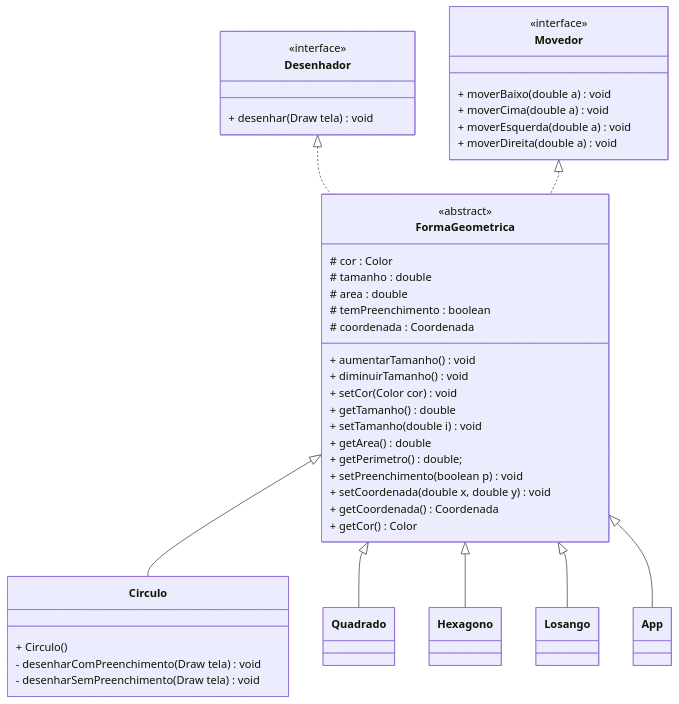
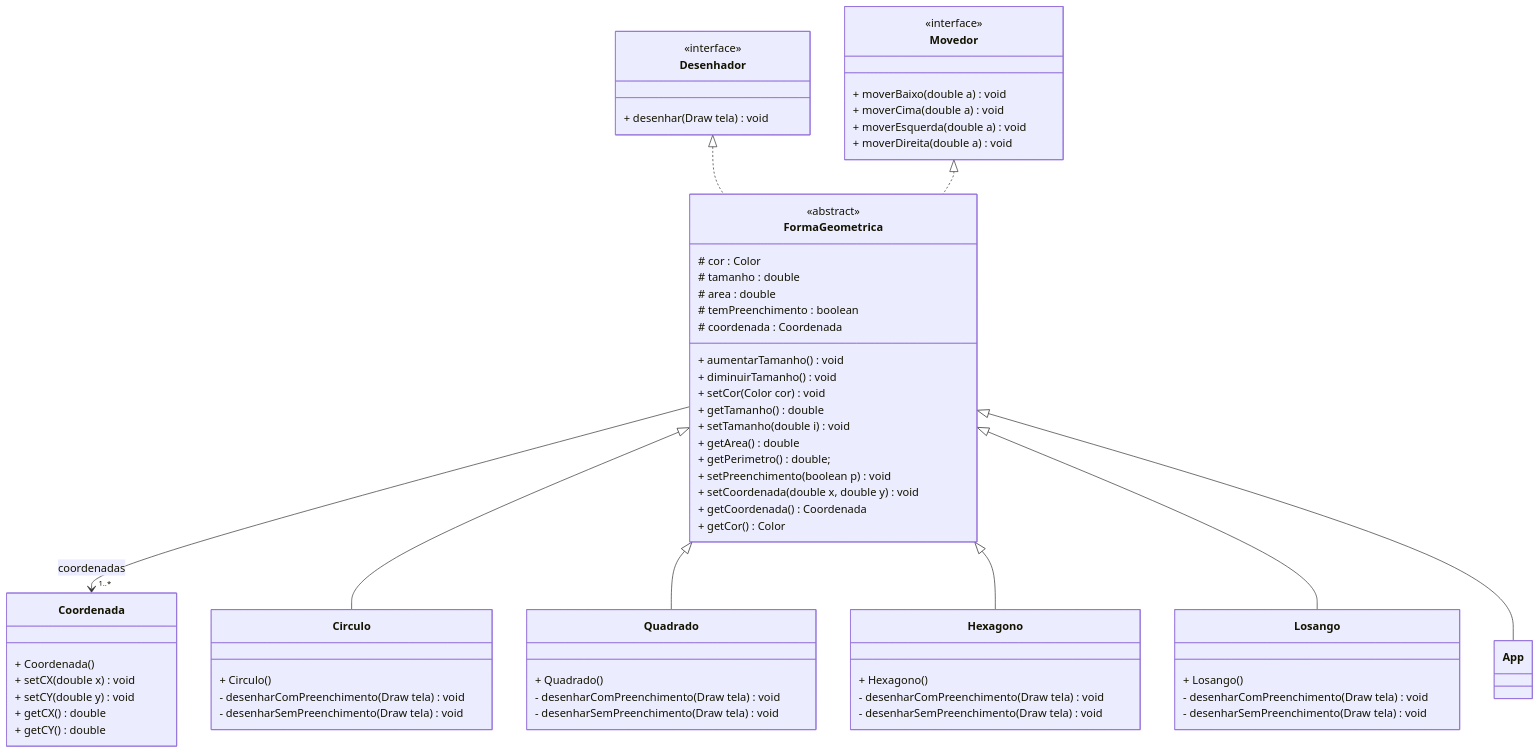
Before and after one commit to sergio-prolo-class/lista-4-igor1023: the diagram in readme.md, drawn with Mermaid.

Commit message:
Dada continuidade na implementação do diagrama de classe UML

````diff
--- a/readme.md
+++ b/readme.md
@@ -43,5 +43,6 @@
 ```mermaid
 classDiagram
+
     class FormaGeometrica{
         <<abstract>>
         # cor : Color
@@ -78,8 +79,18 @@
         + moverDireita(double a) void
     }
 
+    class Coordenada{
+
+        + Coordenada()
+        + setCX(double x) void
+        + setCY(double y) void
+        + getCX() double
+        + getCY() double
+    }
+
     Desenhador <|.. FormaGeometrica
     Movedor <|.. FormaGeometrica
+    FormaGeometrica --> "1..*" Coordenada : coordenadas
 
     class Circulo{
         
@@ -90,14 +101,24 @@
 
     class Quadrado {
         
+        + Quadrado()
+        - desenharComPreenchimento(Draw tela) void
+        - desenharSemPreenchimento(Draw tela) void
     }
 
     class Hexagono {
 
+
+        + Hexagono()
+        - desenharComPreenchimento(Draw tela) void
+        - desenharSemPreenchimento(Draw tela) void
     }
 
     class Losango {
 
+        + Losango()
+        - desenharComPreenchimento(Draw tela) void
+        - desenharSemPreenchimento(Draw tela) void
     }
 
     class App{
````
